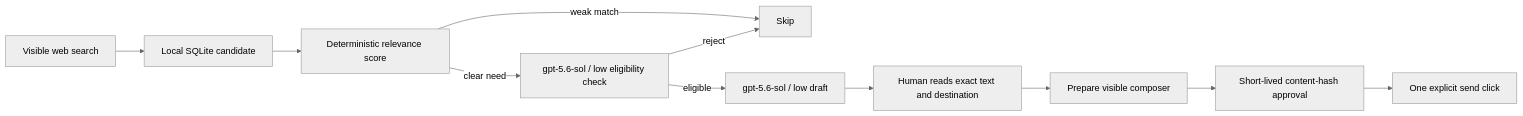
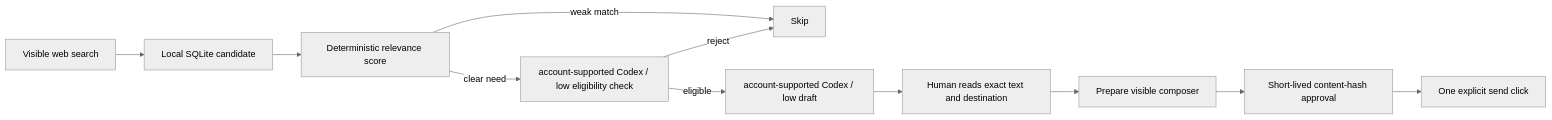
The diagram in README.md (lachlanchen/LazyPromotion), drawn with Mermaid (neutral theme) before and after one commit. The commit also changed other lines of this file and 19 other files, not shown here.

````diff
--- a/README.md
+++ b/README.md
@@ -28,13 +29,13 @@
 ```mermaid
 flowchart LR
     A[Visible web search] --> B[Local SQLite candidate]
     B --> C[Deterministic relevance score]
-    C -->|clear need| T[gpt-5.6-sol / low eligibility check]
+    C -->|clear need| T[account-supported Codex / low eligibility check]
     C -->|weak match| X[Skip]
-    T -->|eligible| D[gpt-5.6-sol / low draft]
+    T -->|eligible| D[account-supported Codex / low draft]
     T -->|reject| X
     D --> E[Human reads exact text and destination]
     E --> F[Prepare visible composer]
     F --> G[Short-lived content-hash approval]
     G --> H[One explicit send click]
 ```
````
